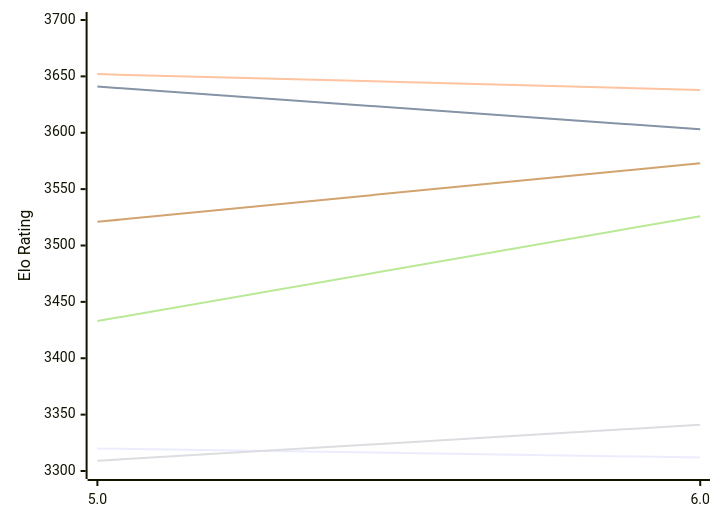
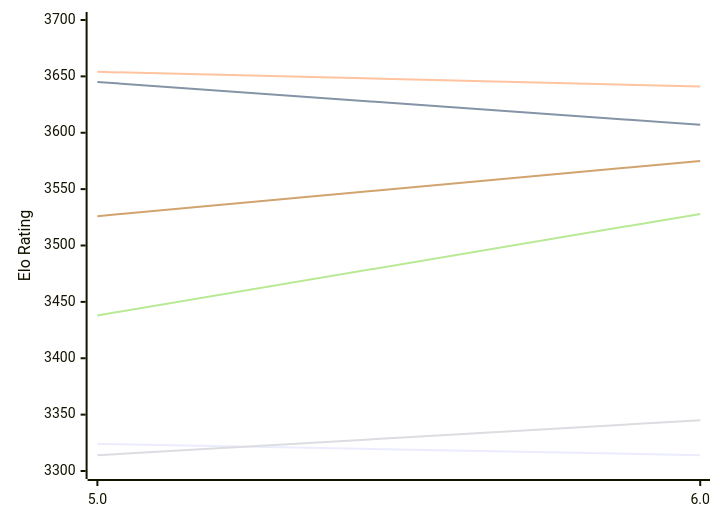
Before and after one commit to computer-chess-index/cci: the first of 2 diagrams in engines/Tarnished.md, drawn with Mermaid. The commit also changed other lines of this file, not shown here.

Commit message:
Update CCI Ratings (ELO VLTC) - 2026-11-20

````diff
--- a/engines/Tarnished.md
+++ b/engines/Tarnished.md
@@ -51,12 +51,12 @@
 ```mermaid
 %%{init: {"theme":"base","themeVariables":{"seriesColors:['#a3a3a3','#222221','#faa371']}}}%%
 xychart-beta
   x-axis ["5.0", "6.0"]
   y-axis "Elo Rating" 3300 --> 3700
-  line "E1: STC (8.0+0.08s)" [3320, 3312]
-  line "E1: LTC (60.0+0.60s)" [3641, 3603]
-  line "E1: VLTC (2m24s+1.12s)" [3652, 3638]
-  line "P1: STC (8.0+0.08s)" [3309, 3341]
-  line "P1: LTC (60.0+0.60s)" [3433, 3526]
-  line "P1: VLTC (2m24s+1.12s)" [3521, 3573]
+  line "E1: STC (8.0+0.08s)" [3324, 3314]
+  line "E1: LTC (60.0+0.60s)" [3645, 3607]
+  line "E1: VLTC (2m24s+1.12s)" [3654, 3641]
+  line "P1: STC (8.0+0.08s)" [3314, 3345]
+  line "P1: LTC (60.0+0.60s)" [3438, 3528]
+  line "P1: VLTC (2m24s+1.12s)" [3526, 3575]
 ```
````
